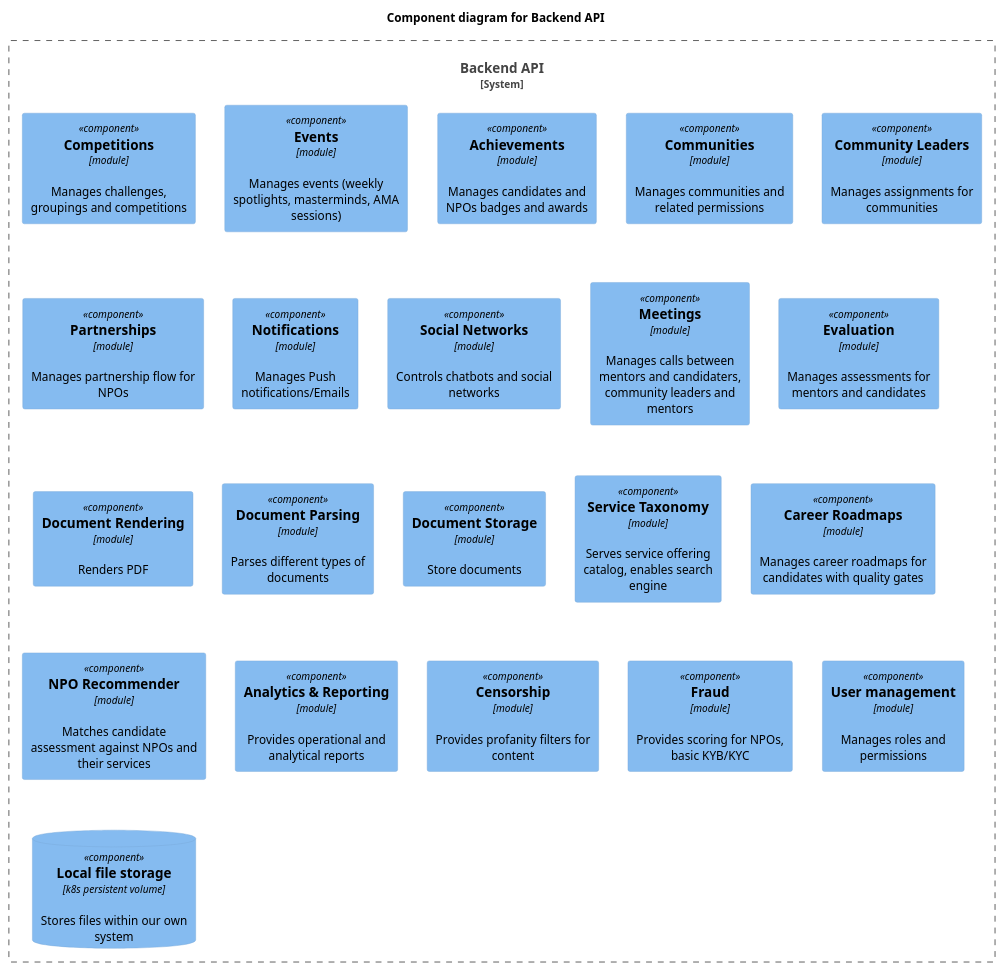
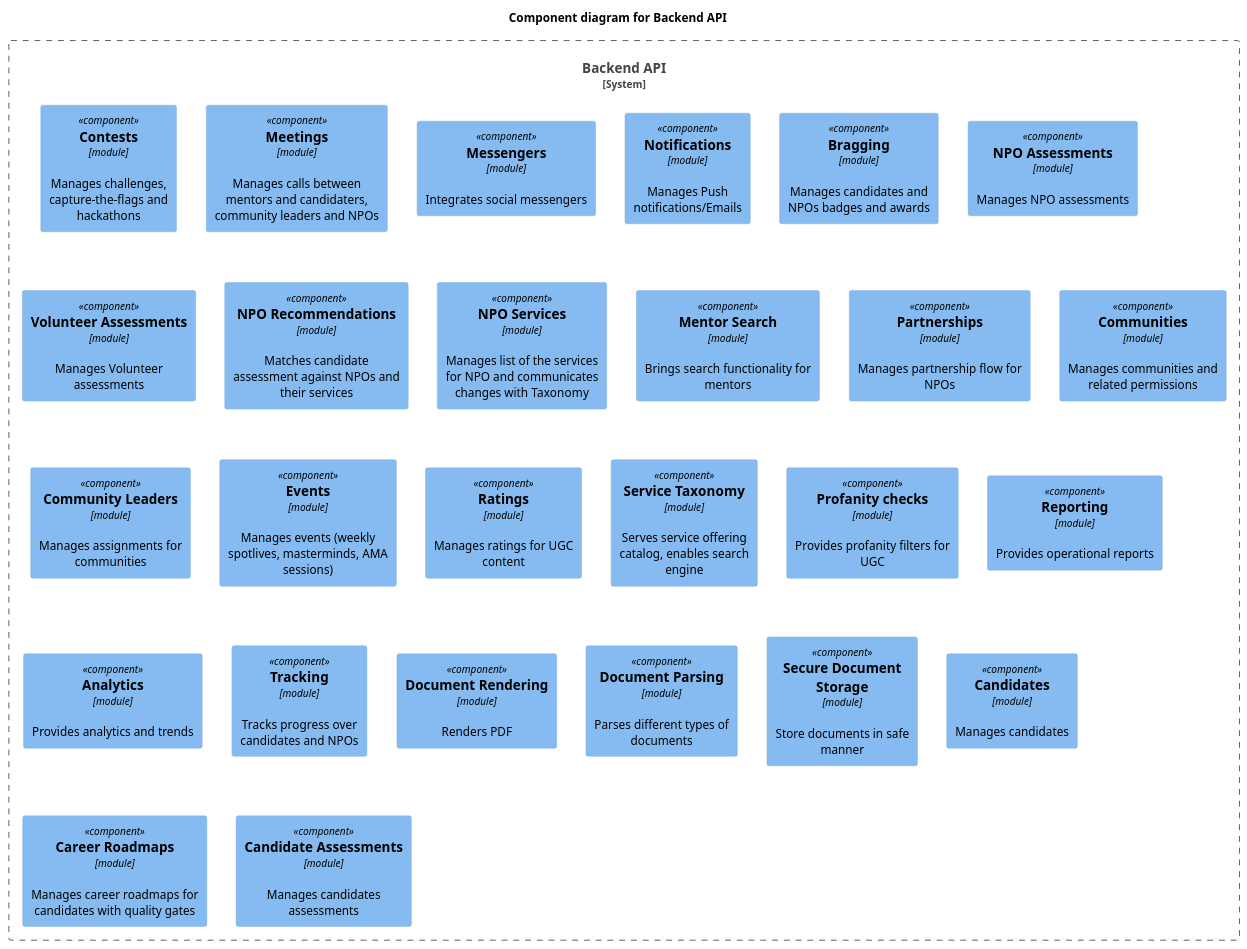
One commit to arch8s/spring-2022 changed the diagram in assets/plantuml/component.puml. Above: the diagram before and after it, drawn with PlantUML.

```diff
--- a/assets/plantuml/component.puml
+++ b/assets/plantuml/component.puml
@@ -1,38 +1,48 @@
 @startuml backend
 !includeurl https://raw.githubusercontent.com/RicardoNiepel/C4-PlantUML/release/1-0/C4_Component.puml
 
 title Component diagram for Backend API
 
 
 System_Boundary(api, "Backend API") {
-    ' Engagement-related modules
-    Component(competitions, "Competitions", "module", "Manages challenges, groupings and competitions")  
-    Component(events, "Events", "module", "Manages events (weekly spotlights, masterminds, AMA sessions)")  
-    Component(achievements, "Achievements", "module", "Manages candidates and NPOs badges and awards")  
+    ' Engagement context
+    Component(contests, "Contests", "module", "Manages challenges, capture-the-flags and hackathons")  
+    Component(meetings, "Meetings", "module", "Manages calls between mentors and candidaters, community leaders and NPOs")
+    Component(messengers, "Messengers", "module", "Integrates social messengers")
+    Component(messengers, "Messengers", "module", "Integrates social messengers")
+    Component(notifications, "Notifications", "module", "Manages Push notifications/Emails")
+    Component(bragging, "Bragging", "module", "Manages candidates and NPOs badges and awards")
+  
+    ' NPO context  
+    Component(npo_assessments, "NPO Assessments", "module", "Manages NPO assessments")
+    Component(volunteer_assessments, "Volunteer Assessments", "module", "Manages Volunteer assessments")
+    Component(npo_recommendations, "NPO Recommendations", "module", "Matches candidate assessment against NPOs and their services")    
+    Component(npo_services, "NPO Services", "module", "Manages list of the services for NPO and communicates changes with Taxonomy")      
+    Component(mentor_search, "Mentor Search", "module", "Brings search functionality for mentors")      
+    Component(partnerships, "Partnerships", "module", "Manages partnership flow for NPOs")
+  
+    ' Communities context
     Component(communities, "Communities", "module", "Manages communities and related permissions")  
     Component(leaders, "Community Leaders", "module", "Manages assignments for communities")
-    Component(partnerships, "Partnerships", "module", "Manages partnership flow for NPOs")
+    Component(events, "Events", "module", "Manages events (weekly spotlives, masterminds, AMA sessions)")  
+    Component(ratings, "Ratings", "module", "Manages ratings for UGC content")
+    Component(taxonomy, "Service Taxonomy", "module", "Serves service offering catalog, enables search engine")
+    Component(profanity_checks, "Profanity checks", "module", "Provides profanity filters for UGC")  
+  
+    ' Reporting Context
+    Component(reporting, "Reporting", "module", "Provides operational reports")
+    Component(analytics, "Analytics", "module", "Provides analytics and trends")
+    Component(tracking, "Tracking", "module", "Tracks progress over candidates and NPOs")
     
-    ' Networking-related modules
-    Component(notifications, "Notifications", "module", "Manages Push notifications/Emails")
-    Component(social, "Social Networks", "module", "Controls chatbots and social networks")
-    Component(meetings, "Meetings", "module", "Manages calls between mentors and candidaters, community leaders and mentors")
-    
-    ' Tracker-related modules
-    Component(evaluation, "Evaluation", "module", "Manages assessments for mentors and candidates")
+    ' Document Exchange Context    
     Component(docrender, "Document Rendering", "module", "Renders PDF")
     Component(docparser, "Document Parsing", "module", "Parses different types of documents")
-    Component(dockeeper, "Document Storage", "module", "Store documents")
+    Component(dockeeper, "Secure Document Storage", "module", "Store documents in safe manner")
       
-    ' Common
-    Component(taxonomy, "Service Taxonomy", "module", "Serves service offering catalog, enables search engine")
+    ' Candidates Context
+    Component(candidates, "Candidates", "module", "Manages candidates")
     Component(roadmaps, "Career Roadmaps", "module", "Manages career roadmaps for candidates with quality gates")
-    Component(recommender, "NPO Recommender", "module", "Matches candidate assessment against NPOs and their services")
-    Component(bond, "Analytics & Reporting", "module", "Provides operational and analytical reports")
-    Component(profanity, "Censorship", "module", "Provides profanity filters for content")
-    Component(antifraud, "Fraud", "module", "Provides scoring for NPOs, basic KYB/KYC")  
-    Component(permissions, "User management", "module", "Manages roles and permissions")  
-    ComponentDb(file_storage, "Local file storage", "k8s persistent volume", "Stores files within our own system")    
+    Component(candidate_assessments, "Candidate Assessments", "module", "Manages candidates assessments")
 }
 
 @enduml
```
